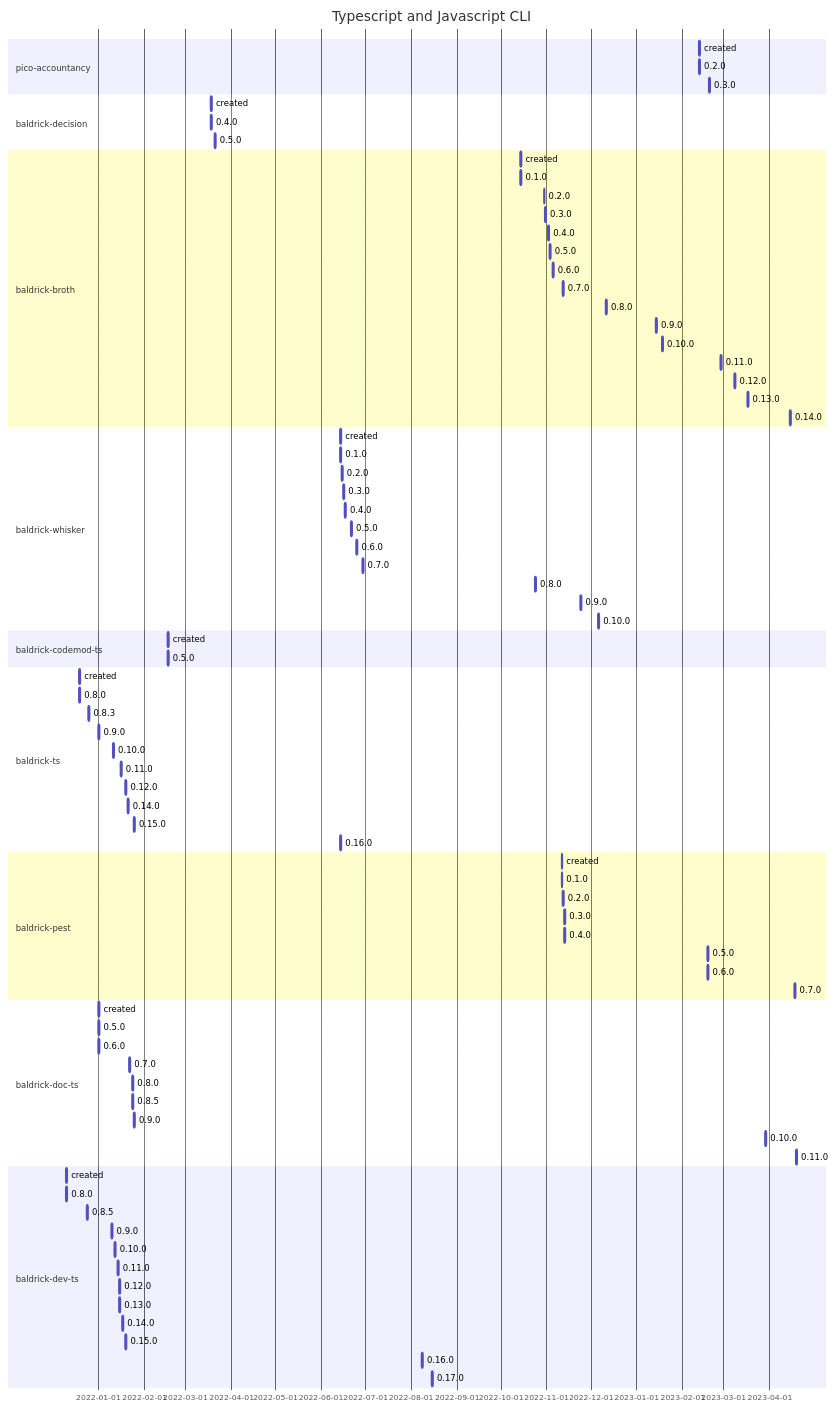
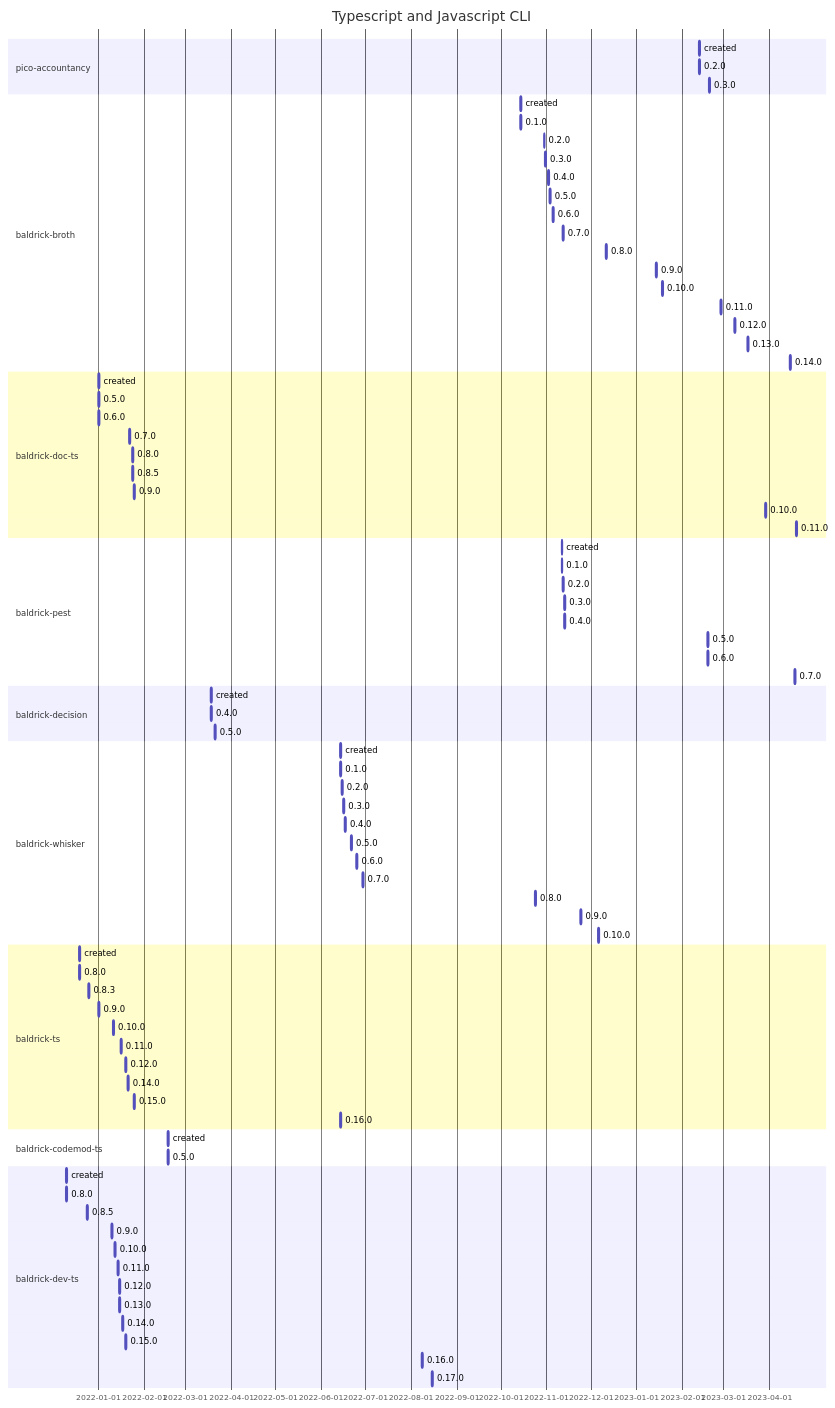
Before and after one commit to flarebyte/overview: the third of 4 diagrams in SOFTWARE-TIMELINE.md, drawn with Mermaid. The commit also changed other lines of this file and 1 other file, not shown here.

Commit message:
Sort by year descending for timeline

```diff
--- a/SOFTWARE-TIMELINE.md
+++ b/SOFTWARE-TIMELINE.md
@@ -113,12 +113,6 @@
     created:, 2023-02-12, 1d
     0.2.0:, 2023-02-12, 1d
     0.3.0:, 2023-02-19, 1d
-
-
-    section baldrick-decision
-    created:, 2022-03-18, 1d
-    0.4.0:, 2022-03-18, 1d
-    0.5.0:, 2022-03-21, 1d
 
 
     section baldrick-broth
@@ -139,6 +133,35 @@
     0.14.0:, 2023-04-15, 1d
 
 
+    section baldrick-doc-ts
+    created:, 2022-01-01, 1d
+    0.5.0:, 2022-01-01, 1d
+    0.6.0:, 2022-01-01, 1d
+    0.7.0:, 2022-01-22, 1d
+    0.8.0:, 2022-01-24, 1d
+    0.8.5:, 2022-01-24, 1d
+    0.9.0:, 2022-01-25, 1d
+    0.10.0:, 2023-03-29, 1d
+    0.11.0:, 2023-04-19, 1d
+
+
+    section baldrick-pest
+    created:, 2022-11-11, 1d
+    0.1.0:, 2022-11-11, 1d
+    0.2.0:, 2022-11-12, 1d
+    0.3.0:, 2022-11-13, 1d
+    0.4.0:, 2022-11-13, 1d
+    0.5.0:, 2023-02-18, 1d
+    0.6.0:, 2023-02-18, 1d
+    0.7.0:, 2023-04-18, 1d
+
+
+    section baldrick-decision
+    created:, 2022-03-18, 1d
+    0.4.0:, 2022-03-18, 1d
+    0.5.0:, 2022-03-21, 1d
+
+
     section baldrick-whisker
     created:, 2022-06-14, 1d
     0.1.0:, 2022-06-14, 1d
@@ -151,11 +174,6 @@
     0.8.0:, 2022-10-24, 1d
     0.9.0:, 2022-11-24, 1d
     0.10.0:, 2022-12-06, 1d
-
-
-    section baldrick-codemod-ts
-    created:, 2022-02-17, 1d
-    0.5.0:, 2022-02-17, 1d
 
 
     section baldrick-ts
@@ -171,27 +189,9 @@
     0.16.0:, 2022-06-14, 1d
 
 
-    section baldrick-pest
-    created:, 2022-11-11, 1d
-    0.1.0:, 2022-11-11, 1d
-    0.2.0:, 2022-11-12, 1d
-    0.3.0:, 2022-11-13, 1d
-    0.4.0:, 2022-11-13, 1d
-    0.5.0:, 2023-02-18, 1d
-    0.6.0:, 2023-02-18, 1d
-    0.7.0:, 2023-04-18, 1d
-
-
-    section baldrick-doc-ts
-    created:, 2022-01-01, 1d
-    0.5.0:, 2022-01-01, 1d
-    0.6.0:, 2022-01-01, 1d
-    0.7.0:, 2022-01-22, 1d
-    0.8.0:, 2022-01-24, 1d
-    0.8.5:, 2022-01-24, 1d
-    0.9.0:, 2022-01-25, 1d
-    0.10.0:, 2023-03-29, 1d
-    0.11.0:, 2023-04-19, 1d
+    section baldrick-codemod-ts
+    created:, 2022-02-17, 1d
+    0.5.0:, 2022-02-17, 1d
 
 
     section baldrick-dev-ts
```
